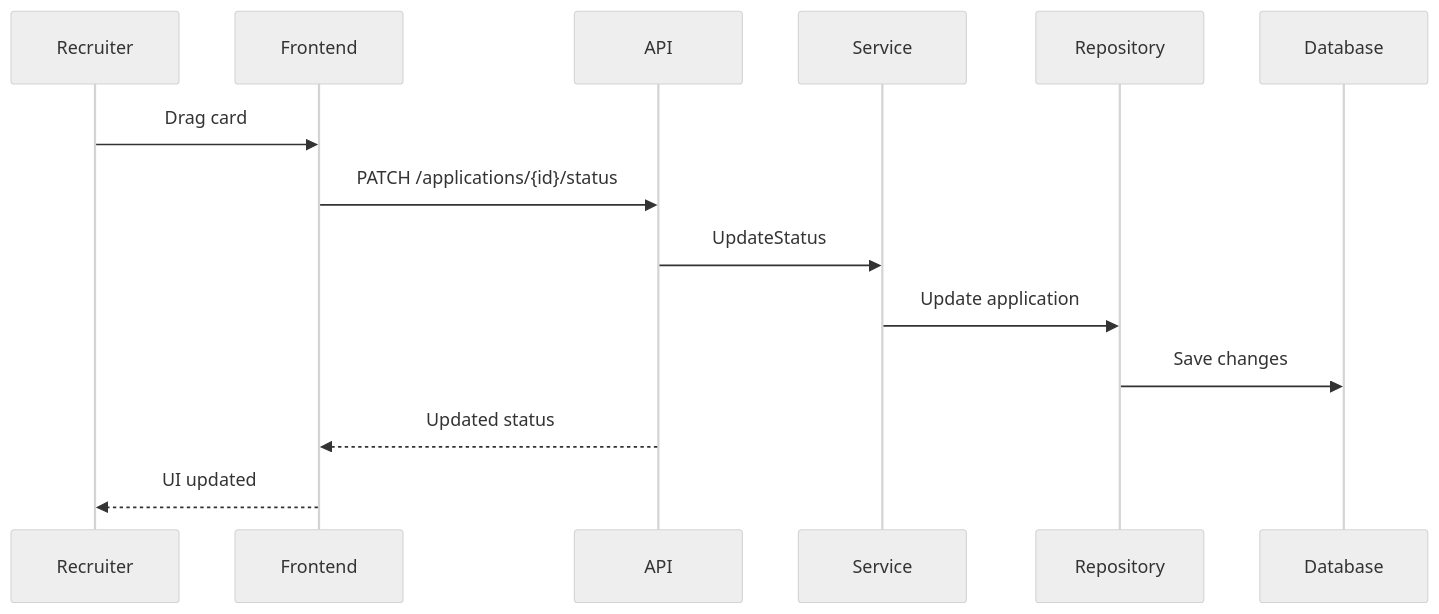
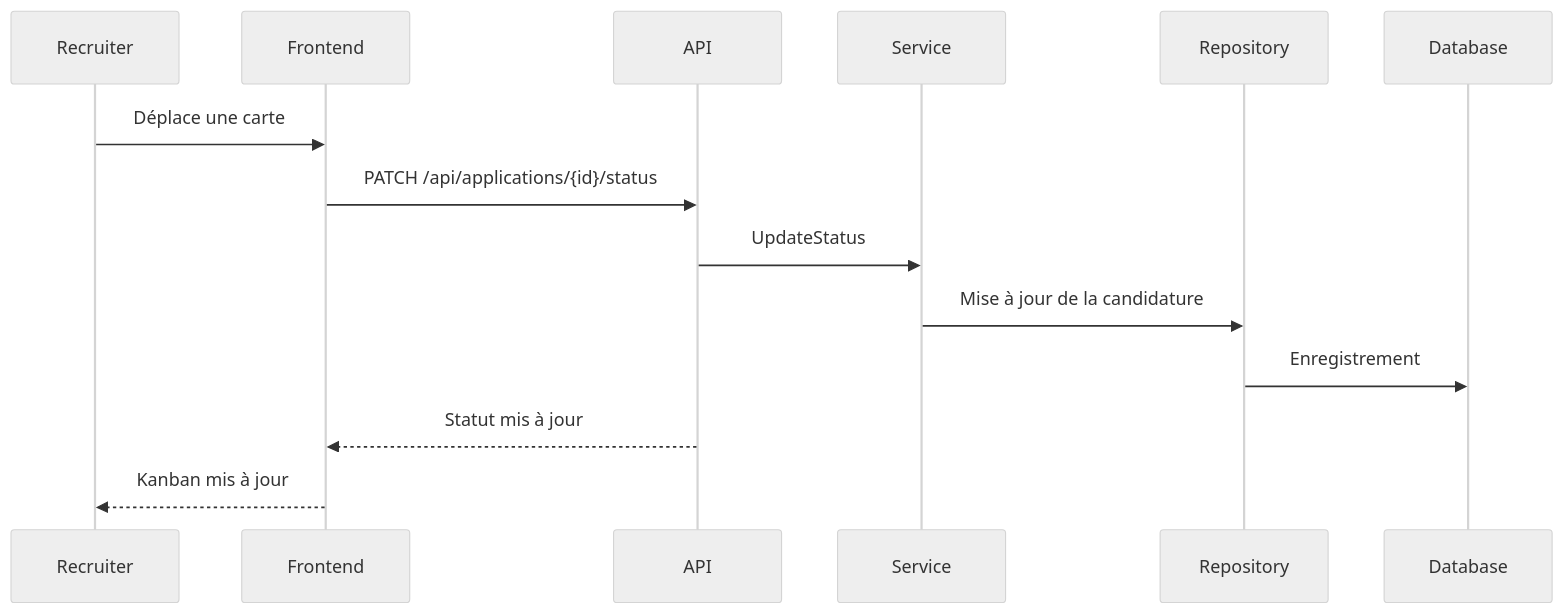
The third of 5 diagrams in README.md (seydi-dev/recruitflow), drawn with Mermaid (neutral theme) before and after one commit. The commit also changed other lines of this file, not shown here.

````diff
--- a/README.md
+++ b/README.md
@@ -154,17 +86,10 @@
 ```mermaid
 sequenceDiagram
-
-Recruiter->>Frontend: Drag card
-
-Frontend->>API: PATCH /applications/{id}/status
-
-API->>Service: UpdateStatus
-
-Service->>Repository: Update application
-
-Repository->>Database: Save changes
-
-API-->>Frontend: Updated status
-
-Frontend-->>Recruiter: UI updated
+    Recruiter->>Frontend: Déplace une carte
+    Frontend->>API: PATCH /api/applications/{id}/status
+    API->>Service: UpdateStatus
+    Service->>Repository: Mise à jour de la candidature
+    Repository->>Database: Enregistrement
+    API-->>Frontend: Statut mis à jour
+    Frontend-->>Recruiter: Kanban mis à jour
 ```
````
